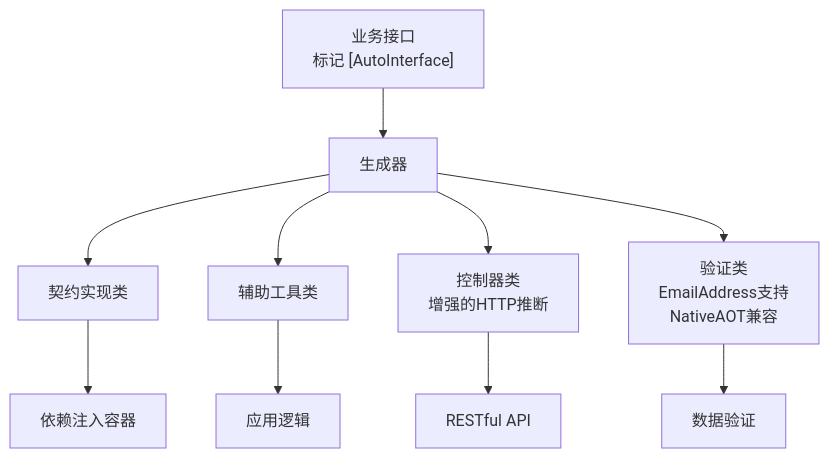
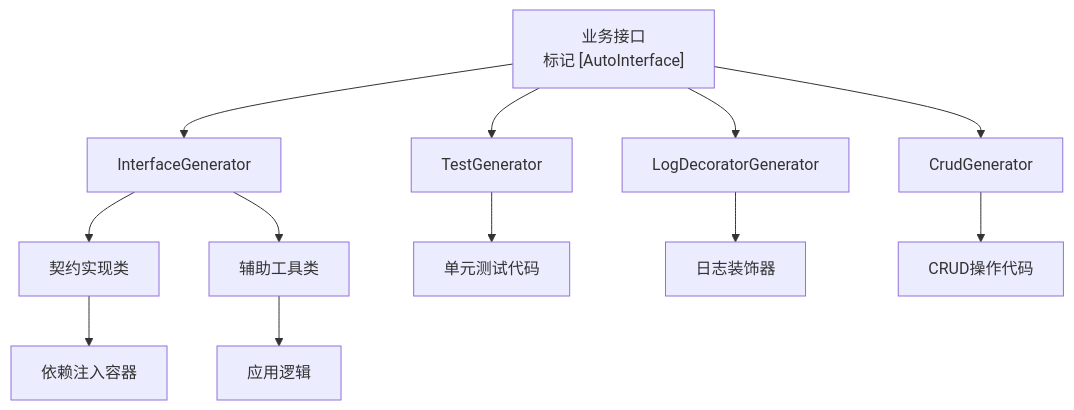
One commit to alivy/AutoCode changed the sixth of 7 diagrams in .qoder/repowiki/zh/content/源代码生成器/源代码生成器.md. Above: the diagram before and after it, drawn with Mermaid. The commit also changed other lines of this file and 152 other files, not shown here.

````diff
--- a/.qoder/repowiki/zh/content/源代码生成器/源代码生成器.md
+++ b/.qoder/repowiki/zh/content/源代码生成器/源代码生成器.md
@@ -377,12 +370,14 @@
 ```mermaid
 graph TB
-I1["业务接口<br/>标记 [AutoInterface]"] --> G["生成器"]
+I1["业务接口<br/>标记 [AutoInterface]"] --> G["InterfaceGenerator"]
 G --> C1["契约实现类"]
 G --> C2["辅助工具类"]
-G --> C3["控制器类<br/>增强的HTTP推断"]
-G --> V1["验证类<br/>EmailAddress支持<br/>NativeAOT兼容"]
 C1 --> DI["依赖注入容器"]
 C2 --> APP["应用逻辑"]
-C3 --> API["RESTful API"]
-V1 --> VALID["数据验证"]
+I1 --> T["TestGenerator"]
+T --> UT["单元测试代码"]
+I1 --> L["LogDecoratorGenerator"]
+L --> LOG["日志装饰器"]
+I1 --> CR["CrudGenerator"]
+CR --> CRUD["CRUD操作代码"]
 ```
````
